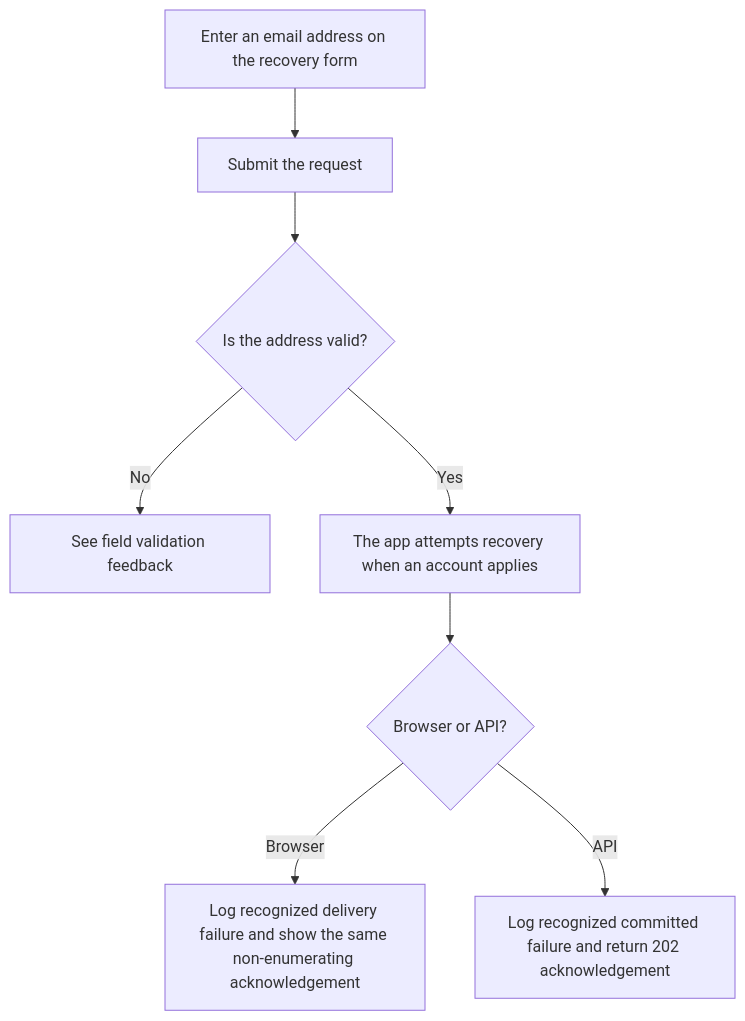
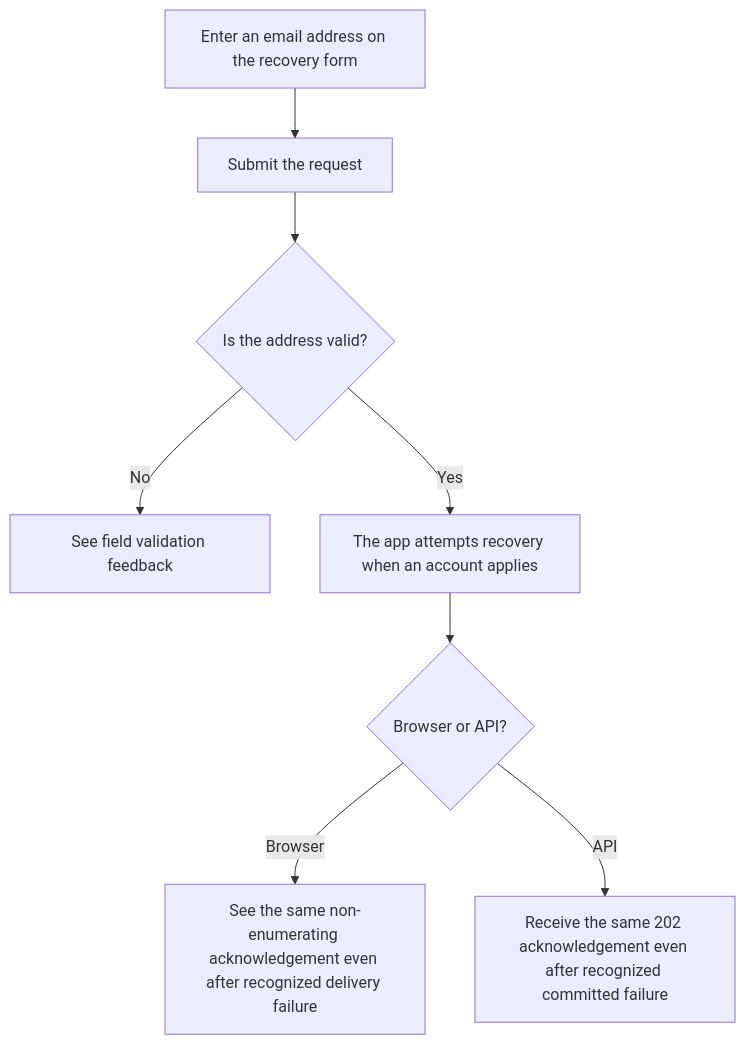
The first of 2 diagrams in user-stories/accounts/us-account-08-request-password-reset.md (Kevinjohn/oss-adonisjs-starter-examples), drawn with Mermaid before and after one commit. The commit also changed other lines of this file and 22 other files, not shown here.

````diff
--- a/user-stories/accounts/us-account-08-request-password-reset.md
+++ b/user-stories/accounts/us-account-08-request-password-reset.md
@@ -24,10 +26,10 @@
 ```mermaid
 flowchart TD
     A["Enter an email address on the recovery form"] --> B["Submit the request"]
     B --> C{"Is the address valid?"}
     C -->|No| D["See field validation feedback"]
     C -->|Yes| E["The app attempts recovery when an account applies"]
     E --> F{"Browser or API?"}
-    F -->|Browser| G["Log recognized delivery failure and show the same non-enumerating acknowledgement"]
-    F -->|API| H["Log recognized committed failure and return 202 acknowledgement"]
+    F -->|Browser| G["See the same non-enumerating acknowledgement even after recognized delivery failure"]
+    F -->|API| H["Receive the same 202 acknowledgement even after recognized committed failure"]
 ```
````
